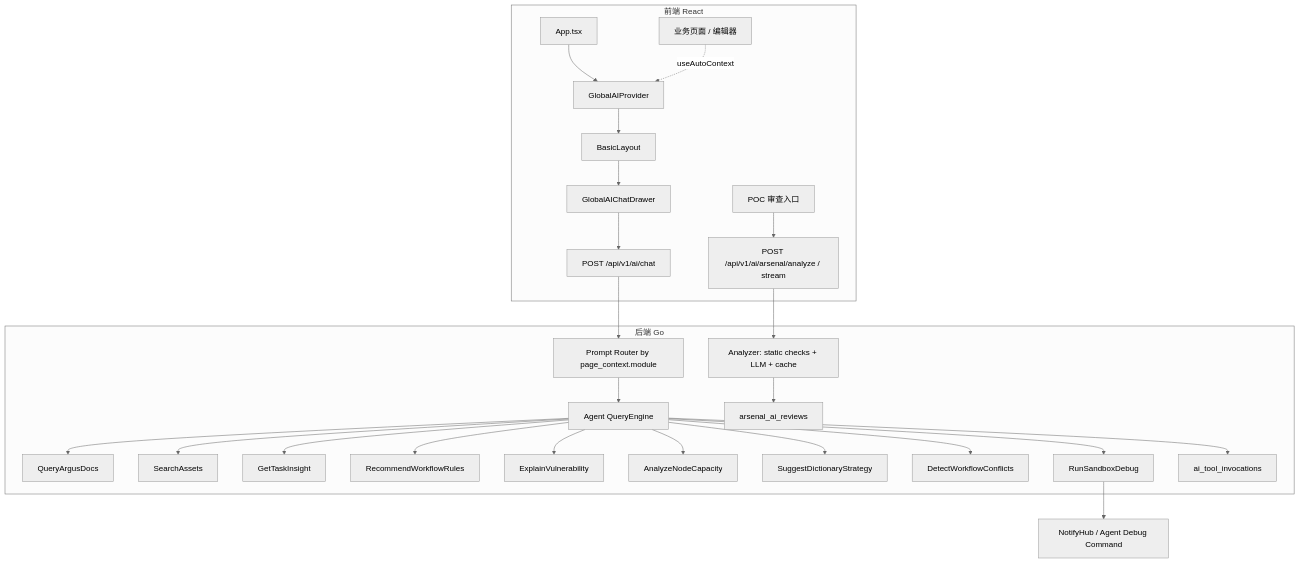
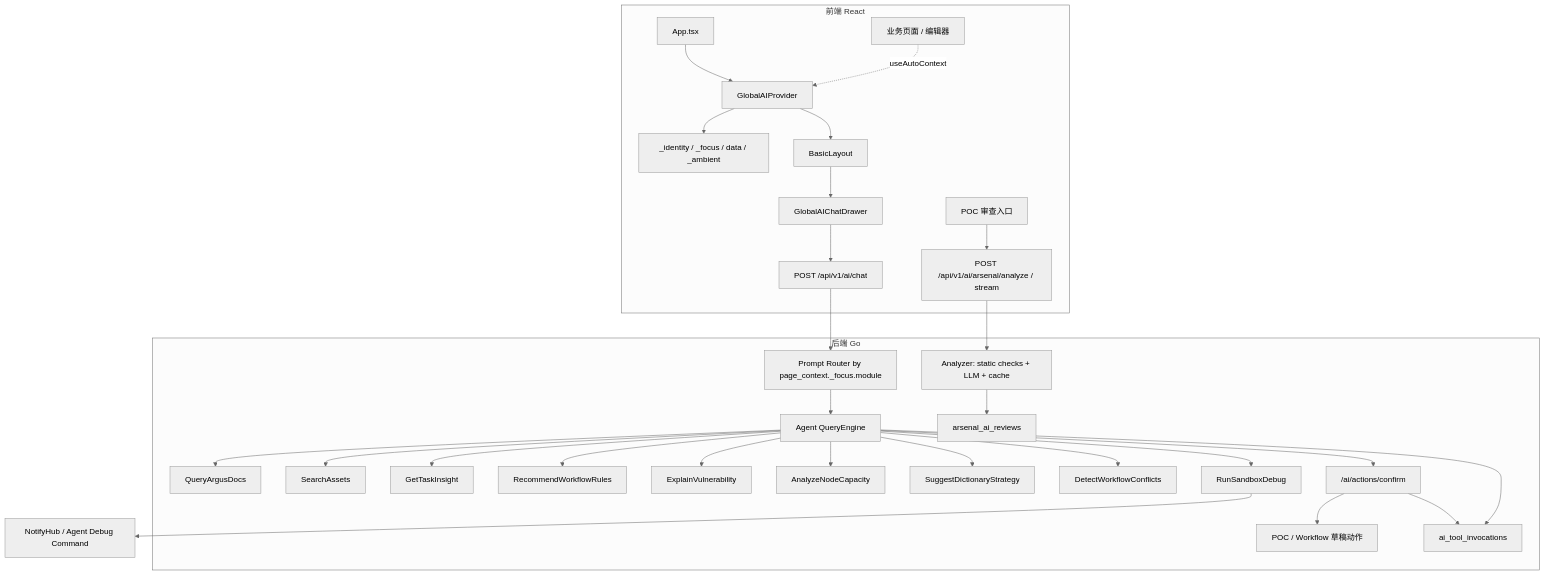
One commit to TokEat/argus changed the diagram in docs/ai_copilot_architecture.md. Above: the diagram before and after it, drawn with Mermaid (neutral theme). The commit also changed other lines of this file and 19 other files, not shown here.

````diff
--- a/docs/ai_copilot_architecture.md
+++ b/docs/ai_copilot_architecture.md
@@ -50,30 +55,34 @@
 ```mermaid
 graph TD
     subgraph Frontend["前端 React"]
         App["App.tsx"] --> Provider["GlobalAIProvider"]
+        Provider --> ContextLayers["_identity / _focus / data / _ambient"]
         Provider --> Layout["BasicLayout"]
         Layout --> Drawer["GlobalAIChatDrawer"]
         Pages["业务页面 / 编辑器"] -. useAutoContext .-> Provider
         Drawer --> ChatAPI["POST /api/v1/ai/chat"]
         PocPanel["POC 审查入口"] --> ReviewAPI["POST /api/v1/ai/arsenal/analyze / stream"]
     end
 
     subgraph Backend["后端 Go"]
         ReviewAPI --> Analyzer["Analyzer: static checks + LLM + cache"]
-        ChatAPI --> Router["Prompt Router by page_context.module"]
+        ChatAPI --> Router["Prompt Router by page_context._focus.module"]
         Router --> Agent["Agent QueryEngine"]
         Agent --> DocsTool["QueryArgusDocs"]
         Agent --> AssetTool["SearchAssets"]
         Agent --> TaskTool["GetTaskInsight"]
         Agent --> WorkflowTool["RecommendWorkflowRules"]
         Agent --> VulnTool["ExplainVulnerability"]
         Agent --> NodeTool["AnalyzeNodeCapacity"]
         Agent --> DictTool["SuggestDictionaryStrategy"]
         Agent --> ConflictTool["DetectWorkflowConflicts"]
         Agent --> SandboxTool["RunSandboxDebug"]
         Analyzer --> ReviewStore["arsenal_ai_reviews"]
+        Agent --> ActionConfirm["/ai/actions/confirm"]
+        ActionConfirm --> DraftActions["POC / Workflow 草稿动作"]
         Agent --> AuditStore["ai_tool_invocations"]
+        ActionConfirm --> AuditStore
     end
 
     SandboxTool --> NotifyHub["NotifyHub / Agent Debug Command"]
 ```
````
